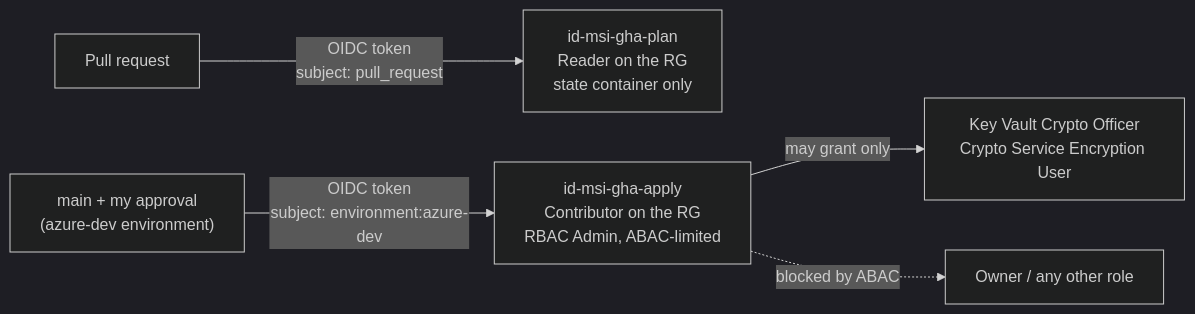
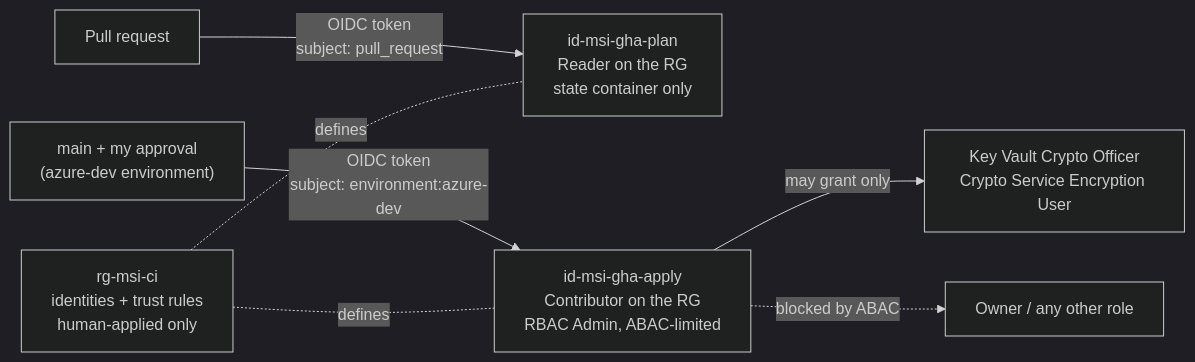
Before and after one commit to Subash-1507/multicloud-secure-iac: the third of 3 diagrams in README.md, drawn with Mermaid (dark theme). The commit also changed other lines of this file and 14 other files, not shown here.

Commit message:
refactor(azure): move CI identities to rg-msi-ci so the pipeline cannot change its own access (#9)

````diff
--- a/README.md
+++ b/README.md
@@ -39,7 +39,9 @@
 ```mermaid
 flowchart LR
   pr["Pull request"] -->|"OIDC token<br/>subject: pull_request"| plan["id-msi-gha-plan<br/>Reader on the RG<br/>state container only"]
   main["main + my approval<br/>(azure-dev environment)"] -->|"OIDC token<br/>subject: environment:azure-dev"| apply["id-msi-gha-apply<br/>Contributor on the RG<br/>RBAC Admin, ABAC-limited"]
   apply -->|"may grant only"| roles["Key Vault Crypto Officer<br/>Crypto Service Encryption User"]
   apply -.->|"blocked by ABAC"| owner["Owner / any other role"]
+  ci["rg-msi-ci<br/>identities + trust rules<br/>human-applied only"] -.-|"defines"| plan
+  ci -.-|"defines"| apply
 ```
````
